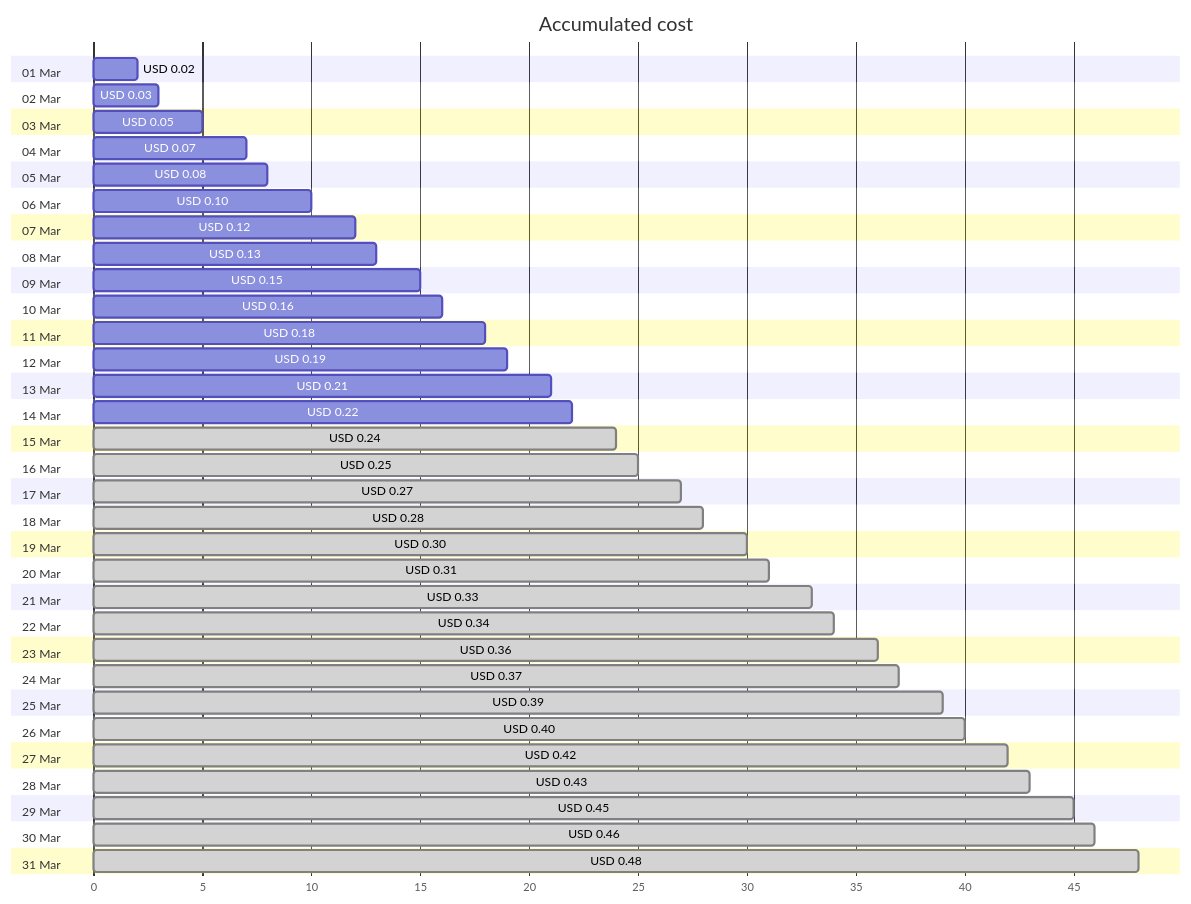
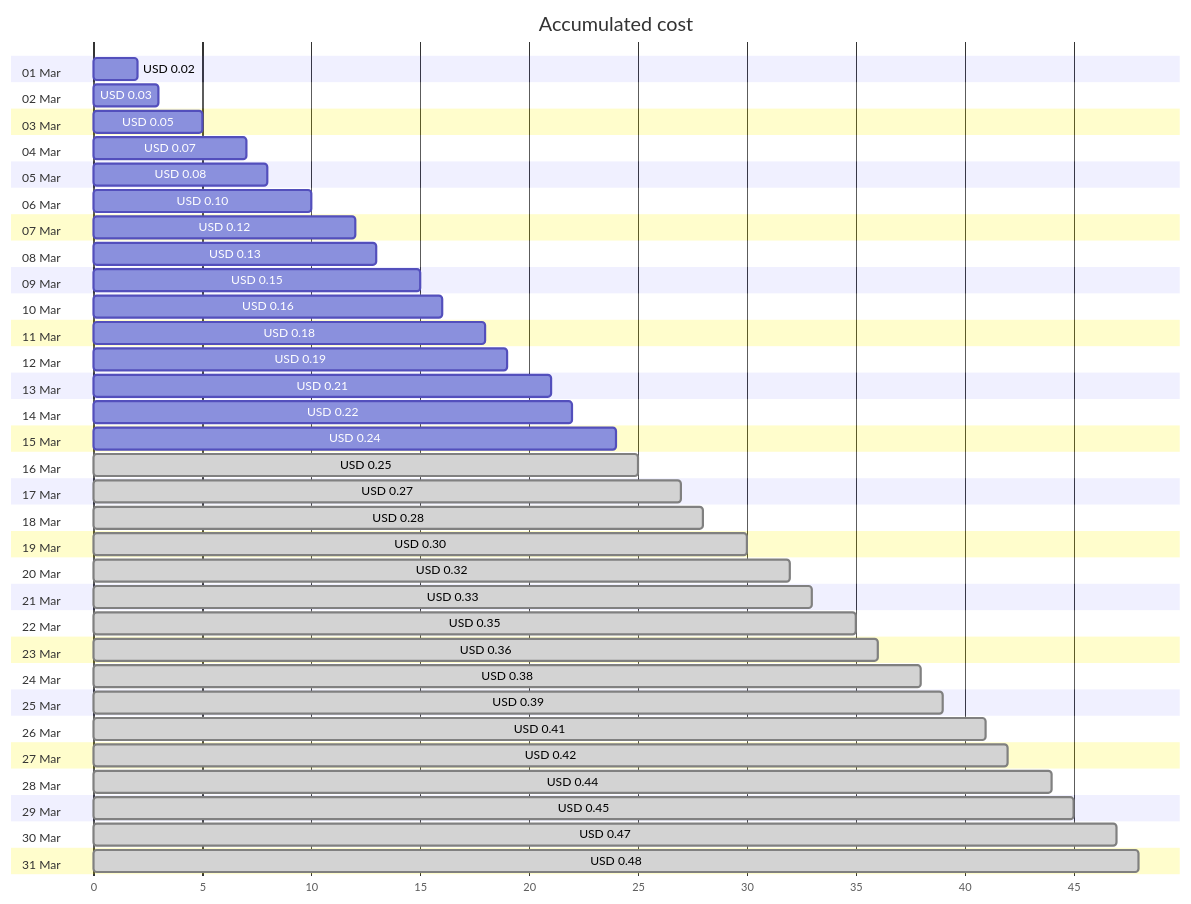
The first of 4 diagrams in cost-reports/personal-dns/jpatrickfulton.com.md (jpfulton/azure-personal-reports), drawn with Mermaid before and after one commit. The commit also changed other lines of this file and 2 other files, not shown here.

````diff
--- a/cost-reports/personal-dns/jpatrickfulton.com.md
+++ b/cost-reports/personal-dns/jpatrickfulton.com.md
@@ -20,68 +20,68 @@
 ```mermaid
 gantt
    title Accumulated cost
    dateFormat  X
    axisFormat %s
    section 01 Mar
    USD 0.02 :0, 2
    section 02 Mar
    USD 0.03 :0, 3
    section 03 Mar
    USD 0.05 :0, 5
    section 04 Mar
    USD 0.07 :0, 7
    section 05 Mar
    USD 0.08 :0, 8
    section 06 Mar
    USD 0.10 :0, 10
    section 07 Mar
    USD 0.12 :0, 12
    section 08 Mar
    USD 0.13 :0, 13
    section 09 Mar
    USD 0.15 :0, 15
    section 10 Mar
    USD 0.16 :0, 16
    section 11 Mar
    USD 0.18 :0, 18
    section 12 Mar
    USD 0.19 :0, 19
    section 13 Mar
    USD 0.21 :0, 21
    section 14 Mar
    USD 0.22 :0, 22
    section 15 Mar
-   USD 0.24 : done, 0, 24
+   USD 0.24 :0, 24
    section 16 Mar
    USD 0.25 : done, 0, 25
    section 17 Mar
    USD 0.27 : done, 0, 27
    section 18 Mar
    USD 0.28 : done, 0, 28
    section 19 Mar
    USD 0.30 : done, 0, 30
    section 20 Mar
-   USD 0.31 : done, 0, 31
+   USD 0.32 : done, 0, 32
    section 21 Mar
    USD 0.33 : done, 0, 33
    section 22 Mar
-   USD 0.34 : done, 0, 34
+   USD 0.35 : done, 0, 35
    section 23 Mar
    USD 0.36 : done, 0, 36
    section 24 Mar
-   USD 0.37 : done, 0, 37
+   USD 0.38 : done, 0, 38
    section 25 Mar
    USD 0.39 : done, 0, 39
    section 26 Mar
-   USD 0.40 : done, 0, 40
+   USD 0.41 : done, 0, 41
    section 27 Mar
    USD 0.42 : done, 0, 42
    section 28 Mar
-   USD 0.43 : done, 0, 43
+   USD 0.44 : done, 0, 44
    section 29 Mar
    USD 0.45 : done, 0, 45
    section 30 Mar
-   USD 0.46 : done, 0, 46
+   USD 0.47 : done, 0, 47
    section 31 Mar
    USD 0.48 : done, 0, 48
 ```
````
